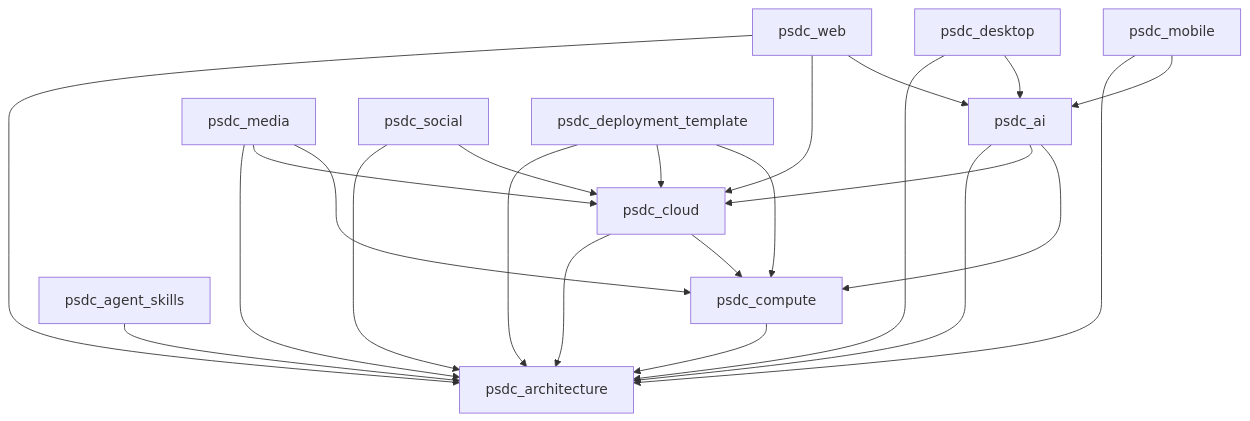
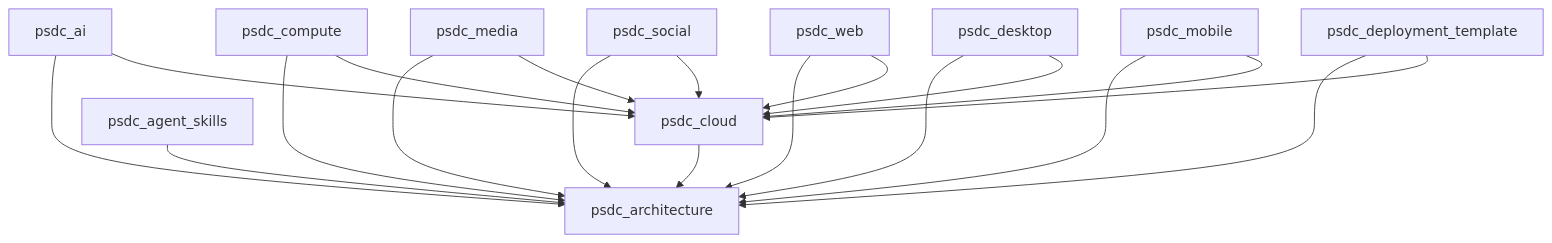
Before and after one commit to Post-Secondary-Digital-Commons/psdc-workspace: the diagram in Maps/Generated/Repository and Dependency Catalog.md, drawn with Mermaid. The commit also changed other lines of this file and 14 other files, not shown here.

````diff
--- a/Maps/Generated/Repository and Dependency Catalog.md
+++ b/Maps/Generated/Repository and Dependency Catalog.md
@@ -21,25 +21,21 @@
 ```mermaid
 graph TD
     psdc_cloud --> psdc_architecture
-    psdc_cloud --> psdc_compute
     psdc_ai --> psdc_architecture
     psdc_ai --> psdc_cloud
-    psdc_ai --> psdc_compute
     psdc_compute --> psdc_architecture
+    psdc_compute --> psdc_cloud
     psdc_media --> psdc_architecture
     psdc_media --> psdc_cloud
-    psdc_media --> psdc_compute
     psdc_social --> psdc_architecture
     psdc_social --> psdc_cloud
     psdc_web --> psdc_architecture
     psdc_web --> psdc_cloud
-    psdc_web --> psdc_ai
     psdc_desktop --> psdc_architecture
-    psdc_desktop --> psdc_ai
+    psdc_desktop --> psdc_cloud
     psdc_mobile --> psdc_architecture
-    psdc_mobile --> psdc_ai
+    psdc_mobile --> psdc_cloud
     psdc_deployment_template --> psdc_architecture
     psdc_deployment_template --> psdc_cloud
-    psdc_deployment_template --> psdc_compute
     psdc_agent_skills --> psdc_architecture
 ```
````
